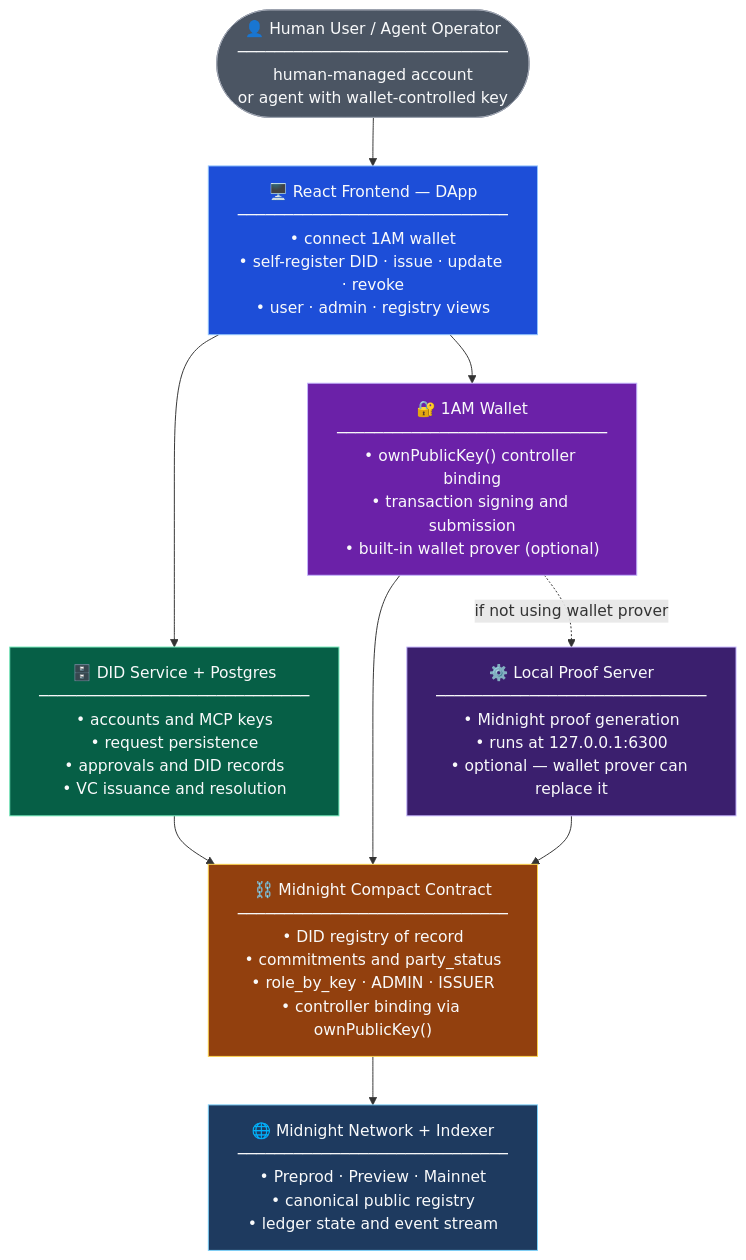
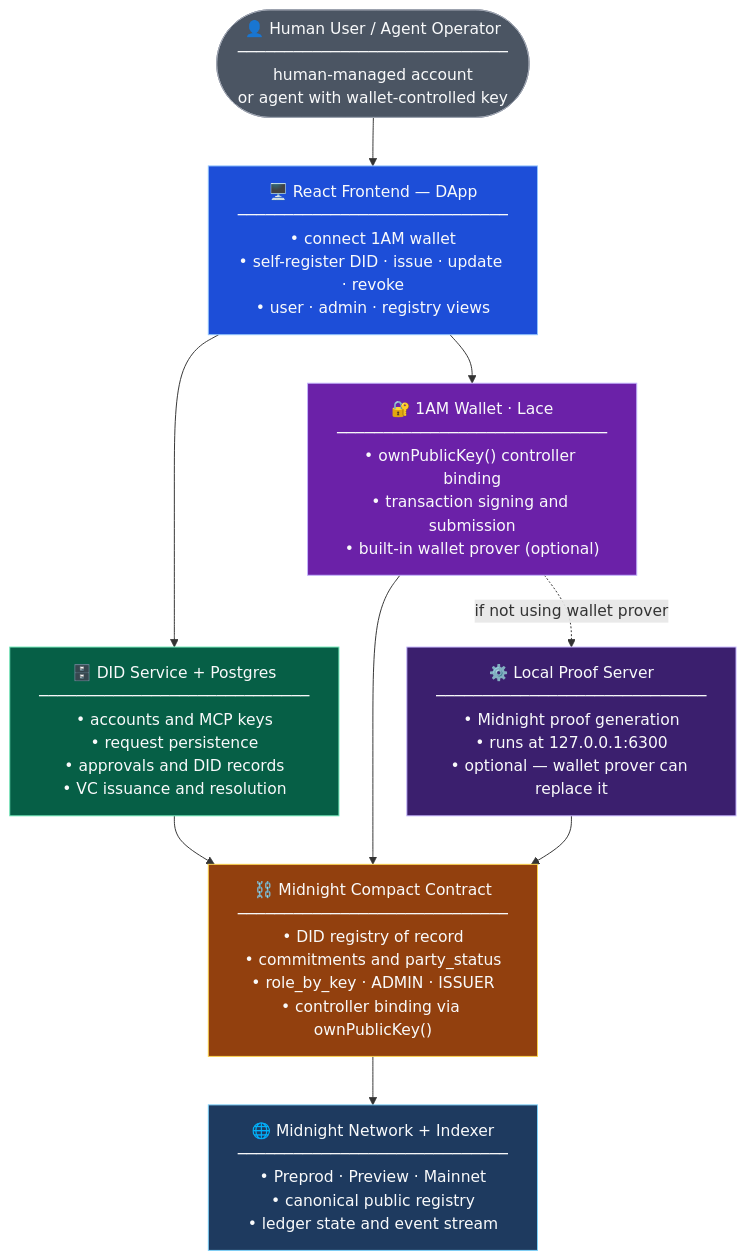
Before and after one commit to apestchanker/midnight-agent-did-manager: the diagram in README.md, drawn with Mermaid.

Commit message:
docs: add Lace wallet to architecture diagram

````diff
--- a/README.md
+++ b/README.md
@@ -53,33 +53,33 @@
 ```mermaid
 flowchart TD
     HU(["👤 Human User / Agent Operator\n─────────────────────────────\nhuman-managed account\nor agent with wallet-controlled key"])
 
     FE["🖥️ React Frontend — DApp\n─────────────────────────────\n• connect 1AM wallet\n• self-register DID · issue · update · revoke\n• user · admin · registry views"]
 
     DS["🗄️ DID Service + Postgres\n─────────────────────────────\n• accounts and MCP keys\n• request persistence\n• approvals and DID records\n• VC issuance and resolution"]
 
-    WL["🔐 1AM Wallet\n─────────────────────────────\n• ownPublicKey() controller binding\n• transaction signing and submission\n• built-in wallet prover (optional)"]
+    WL["🔐 1AM Wallet · Lace\n─────────────────────────────\n• ownPublicKey() controller binding\n• transaction signing and submission\n• built-in wallet prover (optional)"]
 
     PS["⚙️ Local Proof Server\n─────────────────────────────\n• Midnight proof generation\n• runs at 127.0.0.1:6300\n• optional — wallet prover can replace it"]
 
     CC["⛓️ Midnight Compact Contract\n─────────────────────────────\n• DID registry of record\n• commitments and party_status\n• role_by_key · ADMIN · ISSUER\n• controller binding via ownPublicKey()"]
 
     MN["🌐 Midnight Network + Indexer\n─────────────────────────────\n• Preprod · Preview · Mainnet\n• canonical public registry\n• ledger state and event stream"]
 
     HU --> FE
     FE --> DS
     FE --> WL
     WL -.->|if not using wallet prover| PS
     DS --> CC
     WL --> CC
     PS --> CC
     CC --> MN
 
     style HU fill:#4B5563,stroke:#9CA3AF,color:#F9FAFB
     style FE fill:#1D4ED8,stroke:#93C5FD,color:#F9FAFB
     style DS fill:#065F46,stroke:#6EE7B7,color:#F9FAFB
     style WL fill:#6B21A8,stroke:#C4B5FD,color:#F9FAFB
     style PS fill:#3B1F6E,stroke:#C4B5FD,color:#F9FAFB
     style CC fill:#92400E,stroke:#FCD34D,color:#F9FAFB
     style MN fill:#1E3A5F,stroke:#7DD3FC,color:#F9FAFB
 ```
````
